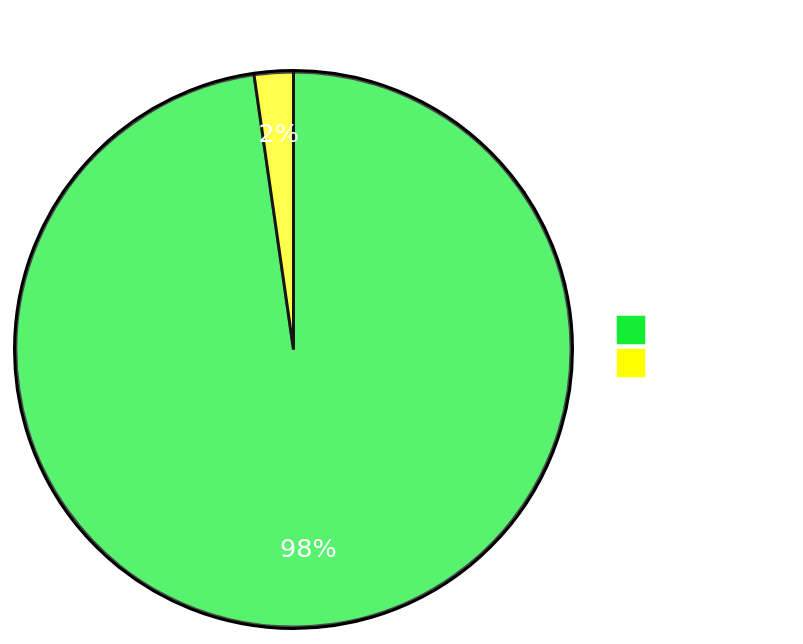
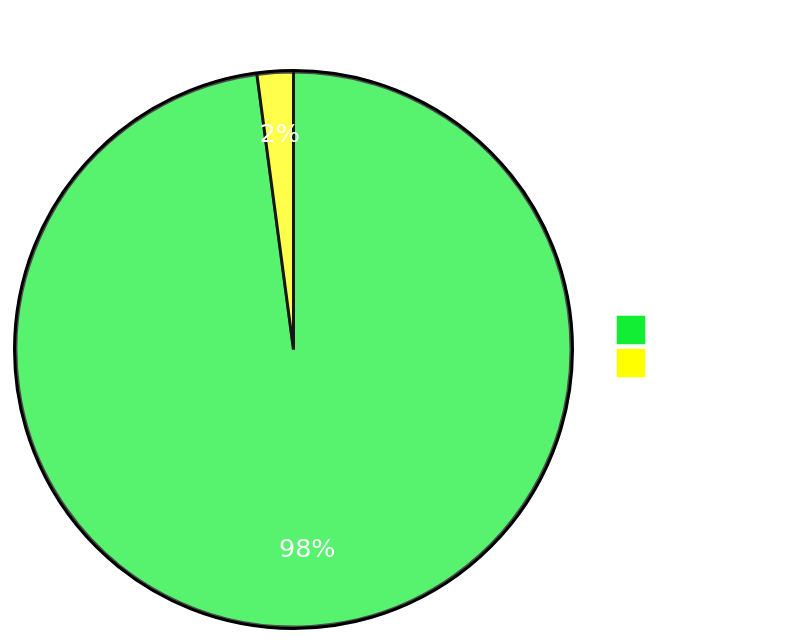
Before and after one commit to sumanthtatipamula/Programming: the diagram in Readme.md, drawn with Mermaid. The commit also changed 9 other files, not shown here.

````diff
--- a/Readme.md
+++ b/Readme.md
@@ -23,18 +23,18 @@
 ```mermaid
 %%{
   init:
   {
     'theme': 'base',
     'themeVariables':
       {
         'primaryTextColor': '#fff',
         'pie1': '#1E3',
         'pie2': '#FFFF00'
       }
   }
 }%%
 pie showData
     title Problems Solved Per Tag
-    "Tree" : 86
+    "Tree" : 93
     "Graphs": 2
 ```
````
